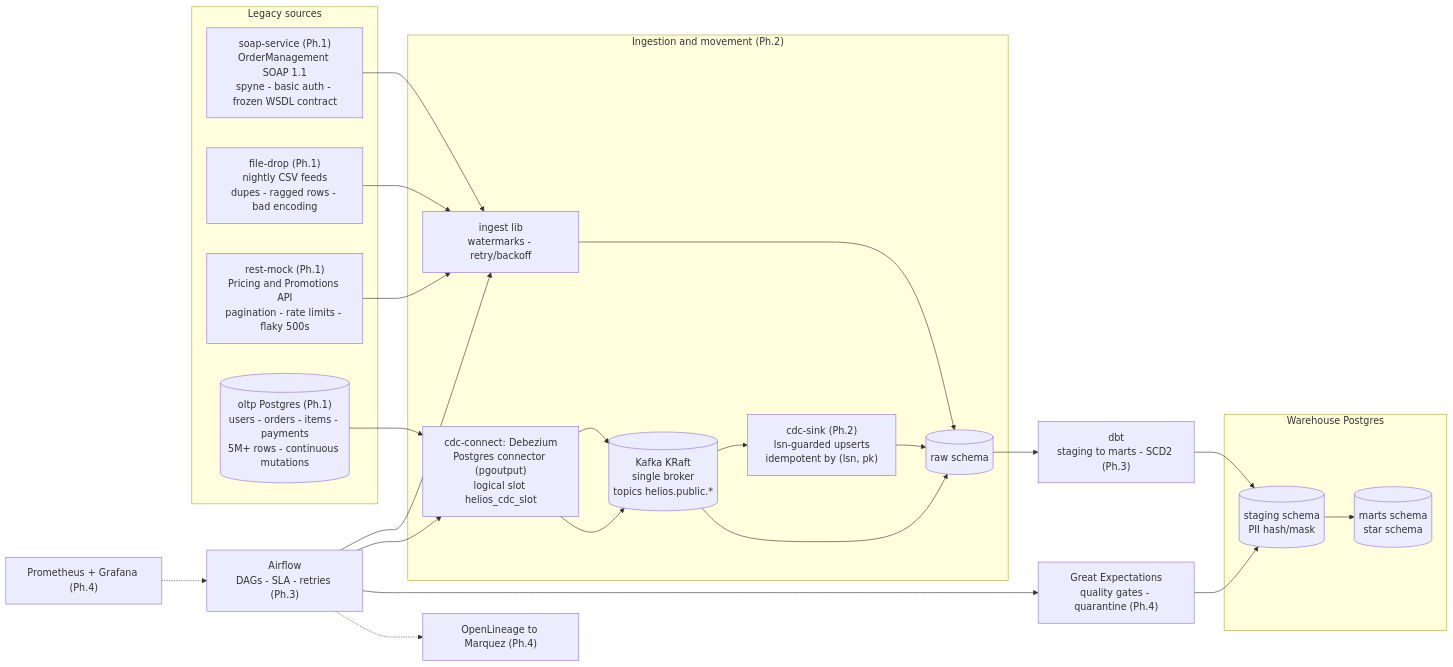
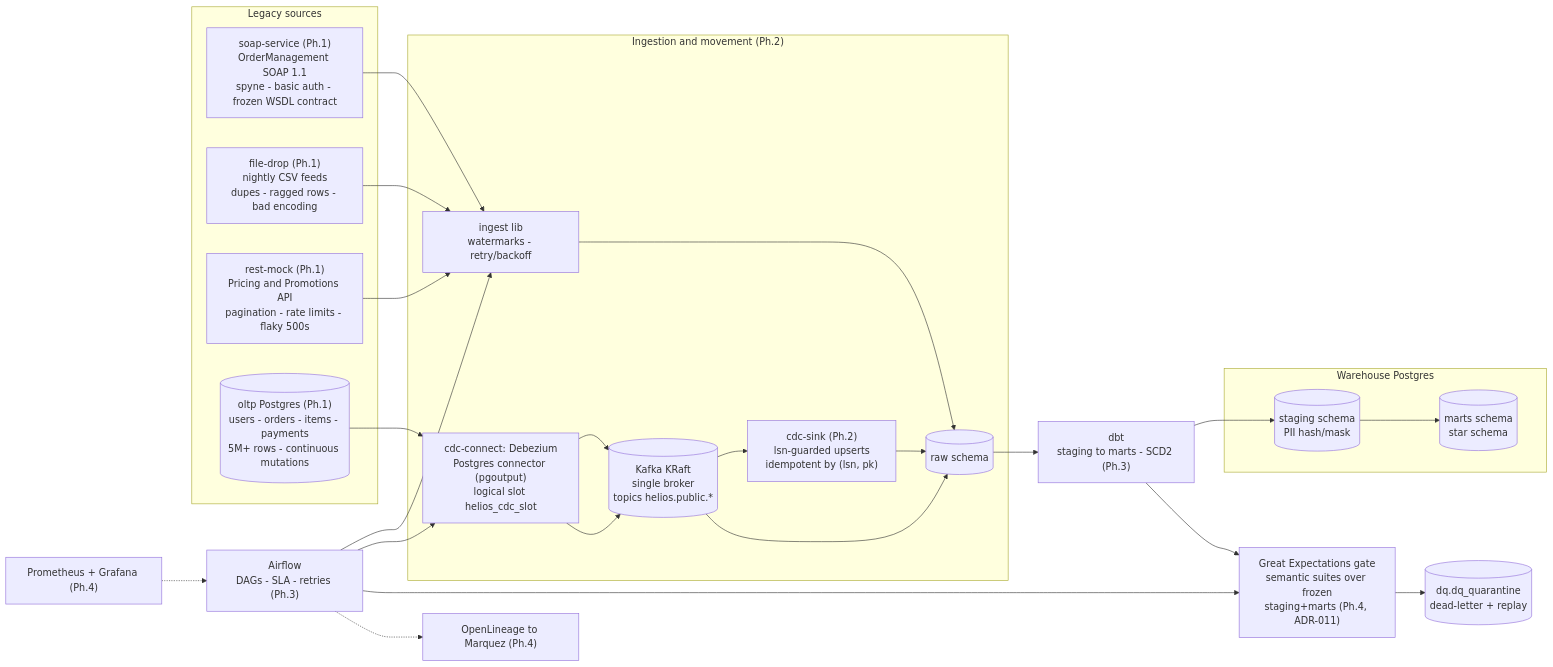
The diagram in README.md (xenoaitham/helios), drawn with Mermaid before and after one commit. The commit also changed other lines of this file and 27 other files, not shown here.

````diff
--- a/README.md
+++ b/README.md
@@ -58,42 +58,44 @@
 ```mermaid
 flowchart LR
     subgraph SRC["Legacy sources"]
         SOAP["soap-service (Ph.1)<br/>OrderManagement SOAP 1.1<br/>spyne - basic auth - frozen WSDL contract"]
         FF["file-drop (Ph.1)<br/>nightly CSV feeds<br/>dupes - ragged rows - bad encoding"]
         REST["rest-mock (Ph.1)<br/>Pricing and Promotions API<br/>pagination - rate limits - flaky 500s"]
         OLTP[("oltp Postgres (Ph.1)<br/>users - orders - items - payments<br/>5M+ rows - continuous mutations")]
     end
 
     subgraph MOVE["Ingestion and movement (Ph.2)"]
         DEB["cdc-connect: Debezium<br/>Postgres connector (pgoutput)<br/>logical slot helios_cdc_slot"]
         KAFKA[("Kafka KRaft<br/>single broker<br/>topics helios.public.*")]
         SINK["cdc-sink (Ph.2)<br/>lsn-guarded upserts<br/>idempotent by (lsn, pk)"]
         ING["ingest lib<br/>watermarks - retry/backoff"]
         DEB --> KAFKA --> SINK --> RAW
     end
 
     subgraph WH["Warehouse Postgres"]
         RAW[("raw schema")]
         STG[("staging schema<br/>PII hash/mask")]
         MART[("marts schema<br/>star schema")]
     end
 
     ORCH["Airflow<br/>DAGs - SLA - retries (Ph.3)"]
     DBT["dbt<br/>staging to marts - SCD2 (Ph.3)"]
-    GE["Great Expectations<br/>quality gates - quarantine (Ph.4)"]
+    GE["Great Expectations gate<br/>semantic suites over frozen<br/>staging+marts (Ph.4, ADR-011)"]
+    DQ[("dq.dq_quarantine<br/>dead-letter + replay")]
     LIN["OpenLineage to Marquez (Ph.4)"]
     PROM["Prometheus + Grafana (Ph.4)"]
 
     SOAP --> ING
     FF --> ING
     REST --> ING
     ING --> RAW
     OLTP --> DEB --> KAFKA --> RAW
     ORCH --> ING
     ORCH --> DEB
     RAW --> DBT --> STG --> MART
-    GE --> STG
+    DBT --> GE
+    GE --> DQ
     ORCH --> GE
     ORCH -.-> LIN
     PROM -.-> ORCH
 ```
````
